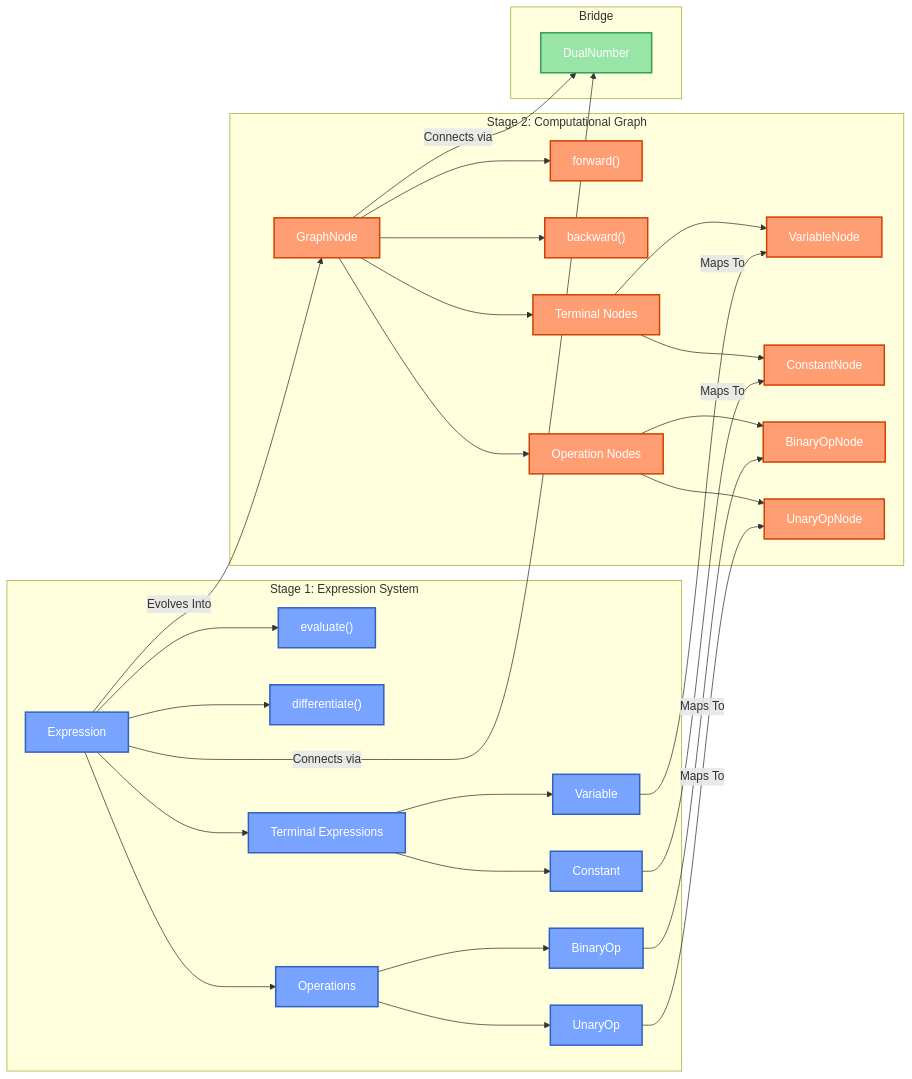
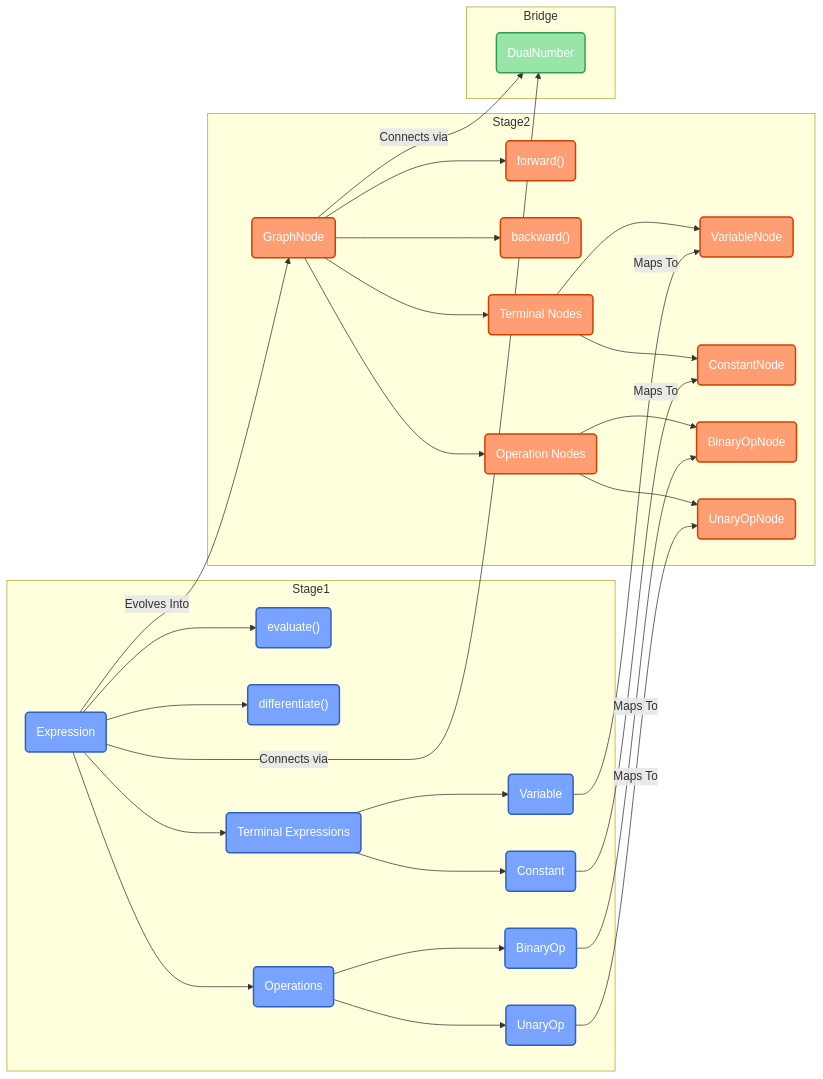
Before and after one commit to rdguerrerom/AutoDiff: the fifth of 5 diagrams in README.md, drawn with Mermaid. The commit also changed other lines of this file, not shown here.

````diff
--- a/README.md
+++ b/README.md
@@ -220,45 +220,45 @@
 ```mermaid
-graph LR
-    subgraph "Stage 1: Expression System"
-        A1["Expression<T>"] --> A2["evaluate()"]
-        A1 --> A3["differentiate()"]
-        A1 --> A4["Terminal Expressions"]
-        A4 --> A5["Variable<T>"]
-        A4 --> A6["Constant<T>"]
-        A1 --> A7["Operations"]
-        A7 --> A8["BinaryOp<T>"]
-        A7 --> A9["UnaryOp<T>"]
+flowchart LR
+    subgraph "Stage1"
+        A1("Expression") --> A2("evaluate()")
+        A1 --> A3("differentiate()")
+        A1 --> A4("Terminal Expressions")
+        A4 --> A5("Variable")
+        A4 --> A6("Constant")
+        A1 --> A7("Operations")
+        A7 --> A8("BinaryOp")
+        A7 --> A9("UnaryOp")
     end
     
-    subgraph "Stage 2: Computational Graph"
-        B1["GraphNode<T>"] --> B2["forward()"]
-        B1 --> B3["backward()"]
-        B1 --> B4["Terminal Nodes"]
-        B4 --> B5["VariableNode<T>"]
-        B4 --> B6["ConstantNode<T>"]
-        B1 --> B7["Operation Nodes"]
-        B7 --> B8["BinaryOpNode<T>"]
-        B7 --> B9["UnaryOpNode<T>"]
+    subgraph "Stage2"
+        B1("GraphNode") --> B2("forward()")
+        B1 --> B3("backward()")
+        B1 --> B4("Terminal Nodes")
+        B4 --> B5("VariableNode")
+        B4 --> B6("ConstantNode")
+        B1 --> B7("Operation Nodes")
+        B7 --> B8("BinaryOpNode")
+        B7 --> B9("UnaryOpNode")
     end
     
     A1 -- "Evolves Into" --> B1
     A5 -- "Maps To" --> B5
     A6 -- "Maps To" --> B6
     A8 -- "Maps To" --> B8
     A9 -- "Maps To" --> B9
     
     subgraph "Bridge"
-        C1["DualNumber<T>"]
+        C1("DualNumber")
     end
     
     A1 -- "Connects via" --> C1
     B1 -- "Connects via" --> C1
     
     classDef stage1 fill:#78a3ff,stroke:#3060c0,stroke-width:2px,color:#fff
     classDef stage2 fill:#ff9d73,stroke:#d04000,stroke-width:2px,color:#fff
     classDef bridge fill:#98e5a7,stroke:#30a050,stroke-width:2px,color:#fff
     
     class A1,A2,A3,A4,A5,A6,A7,A8,A9 stage1
     class B1,B2,B3,B4,B5,B6,B7,B8,B9 stage2
     class C1 bridge
 ```
````
